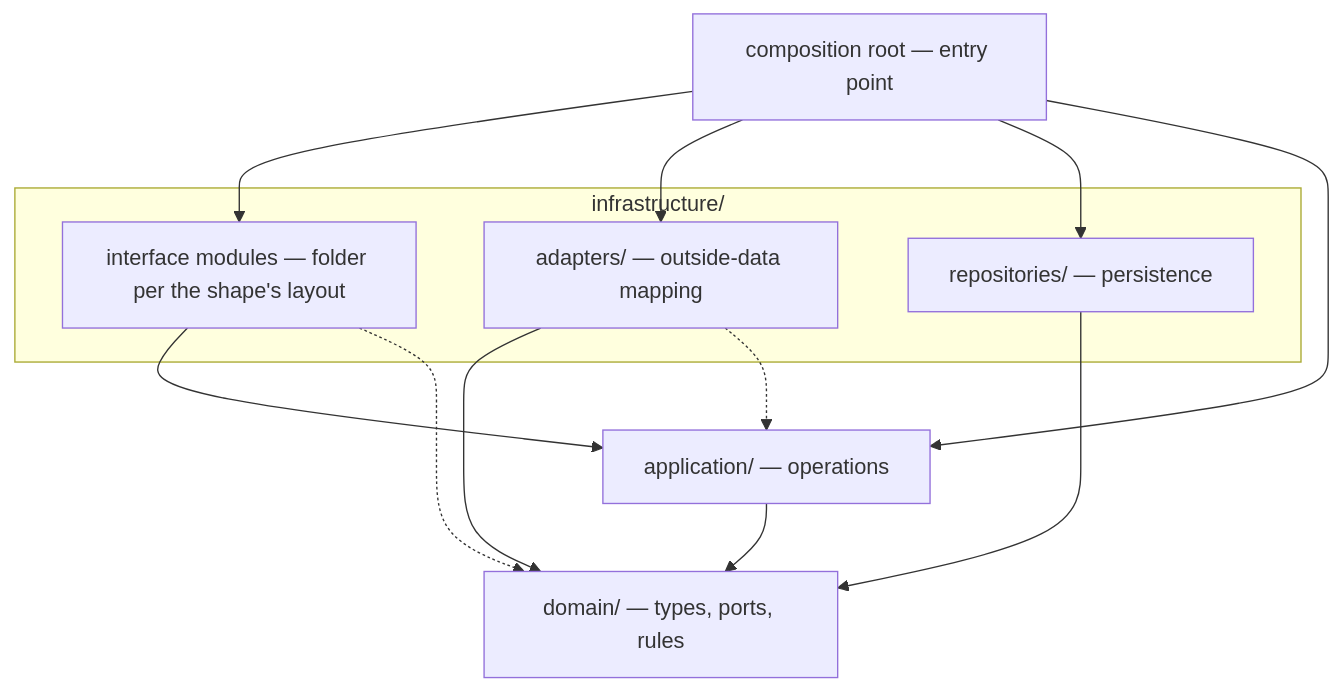
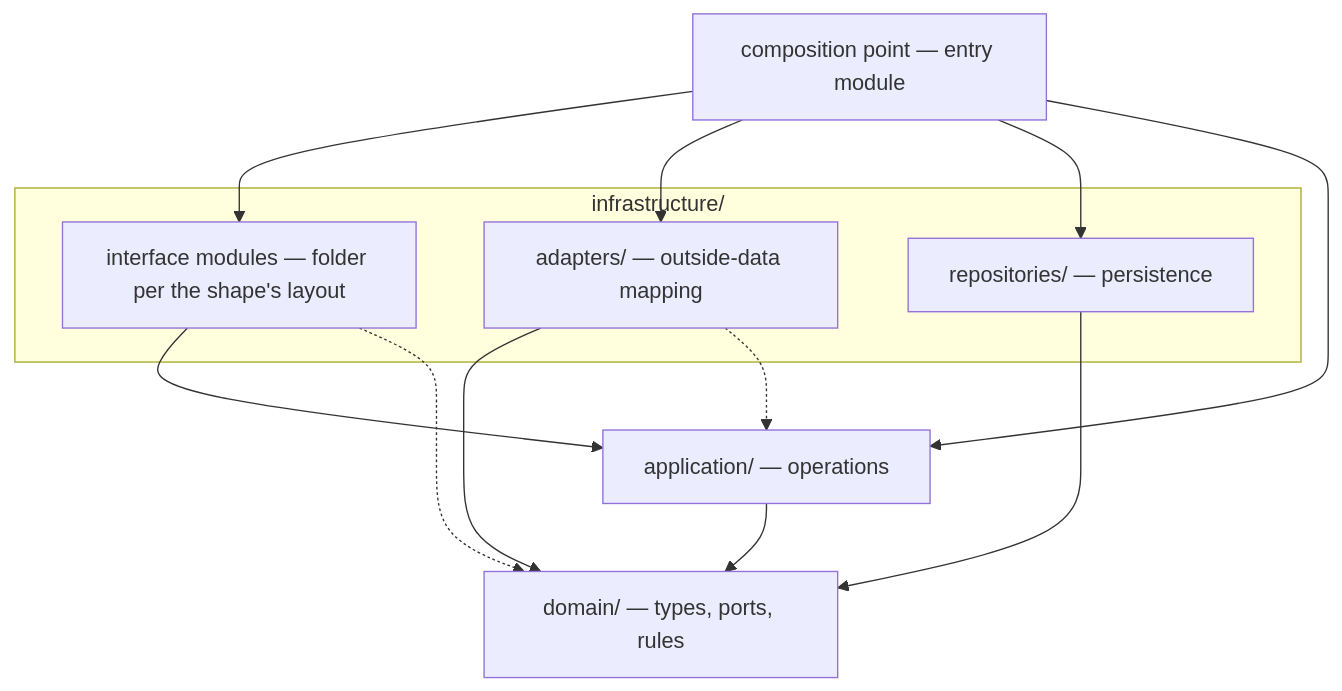
One commit to JPerezC92/ai-core changed the first of 2 diagrams in .aicore/core/architecture/implementation/architecture.md. Above: the diagram before and after it, drawn with Mermaid. The commit also changed other lines of this file and 3 other files, not shown here.

First line of the commit message:
docs(architecture): rebuild the boundary figure and clarify four rules

````diff
--- a/.aicore/core/architecture/implementation/architecture.md
+++ b/.aicore/core/architecture/implementation/architecture.md
@@ -178,21 +222,21 @@
 ```mermaid
 flowchart TB
-  ROOT["composition root — entry point"]
+  ROOT["composition point — entry module"]
   subgraph INF["infrastructure/"]
     IF["interface modules — folder per the shape's layout"]
     AD["adapters/ — outside-data mapping"]
     RP["repositories/ — persistence"]
   end
   AP["application/ — operations"]
   DO["domain/ — types, ports, rules"]
   ROOT --> IF
   ROOT --> AD
   ROOT --> RP
   ROOT --> AP
   IF --> AP
   IF -.-> DO
   AD --> DO
   AD -.-> AP
   RP --> DO
   AP --> DO
 ```
````
